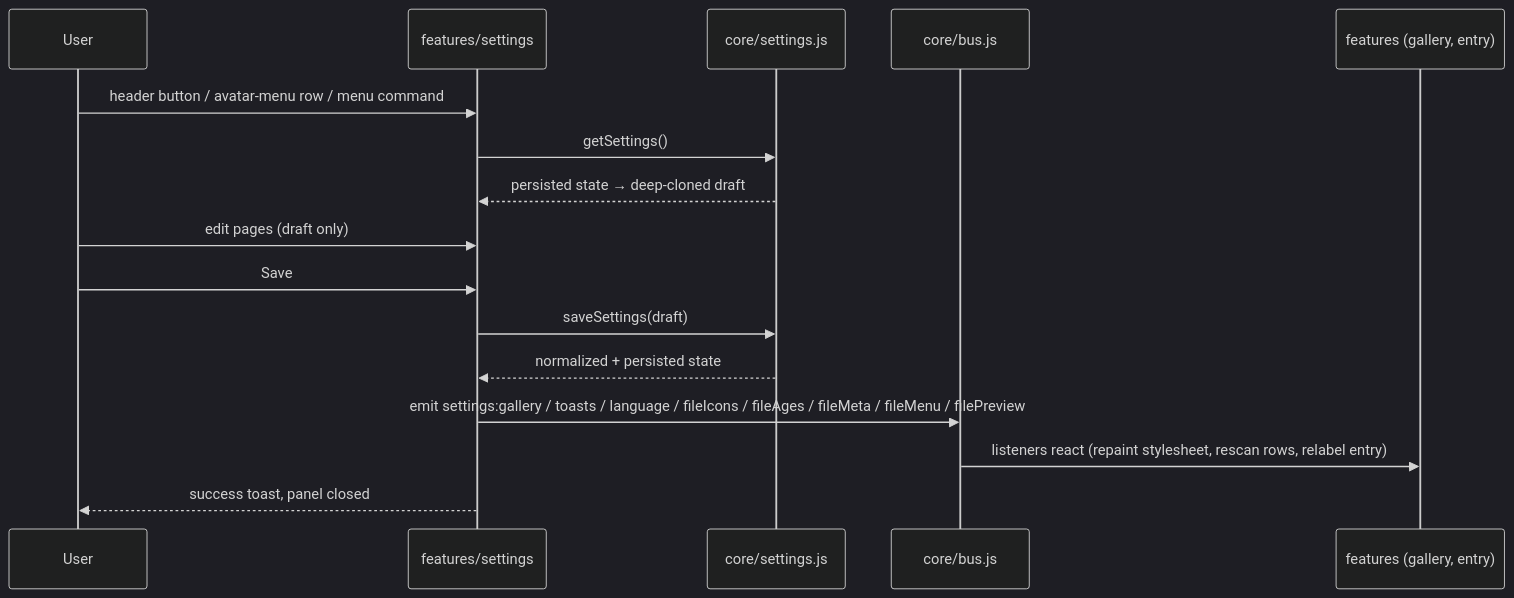
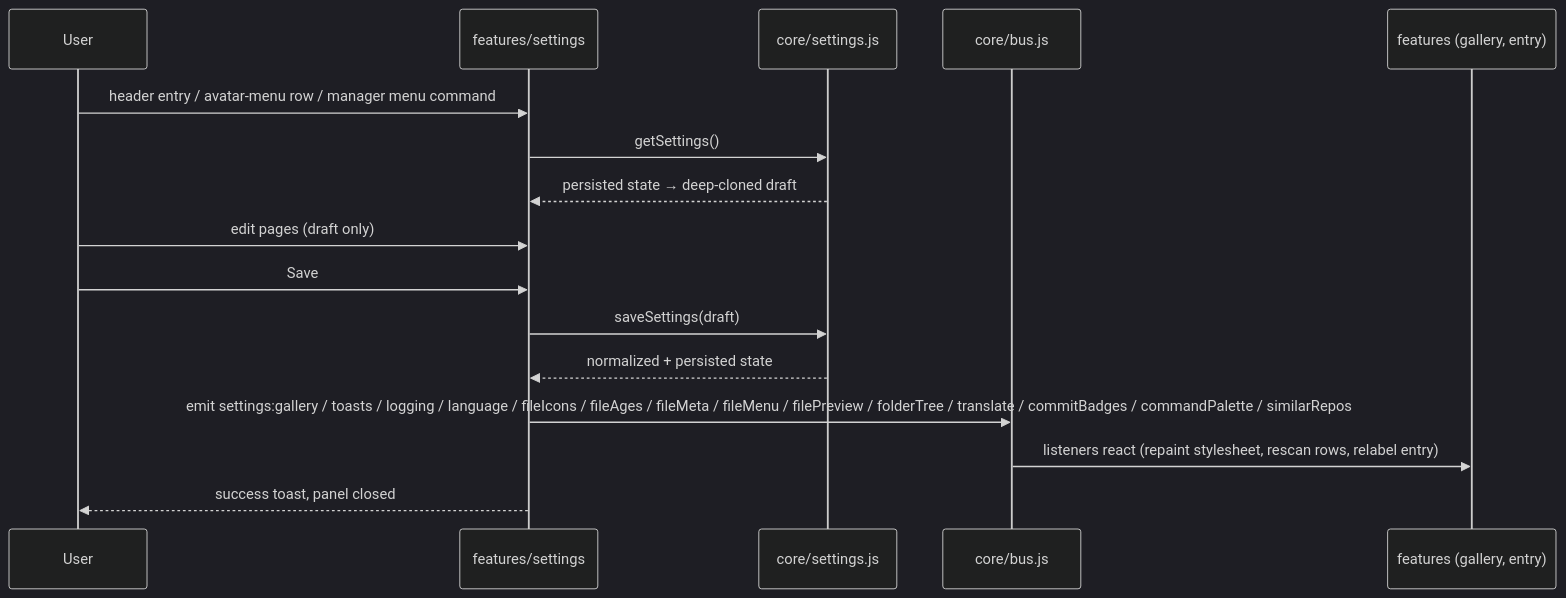
One commit to NemoKing1210/github-plus changed the third of 3 diagrams in docs/ARCHITECTURE.md. Above: the diagram before and after it, drawn with Mermaid (dark theme). The commit also changed other lines of this file and 53 other files, not shown here.

First line of the commit message:
feat(similar-repos): add the similar-repositories panel

````diff
--- a/docs/ARCHITECTURE.md
+++ b/docs/ARCHITECTURE.md
@@ -211,19 +237,19 @@
 ```mermaid
 sequenceDiagram
   participant U as User
   participant P as features/settings
   participant S as core/settings.js
   participant B as core/bus.js
   participant F as features (gallery, entry)
 
-  U->>P: header button / avatar-menu row / menu command
+  U->>P: header entry / avatar-menu row / manager menu command
   P->>S: getSettings()
   S-->>P: persisted state → deep-cloned draft
   U->>P: edit pages (draft only)
   U->>P: Save
   P->>S: saveSettings(draft)
   S-->>P: normalized + persisted state
-  P->>B: emit settings:gallery / toasts / language / fileIcons / fileAges / fileMeta / fileMenu / filePreview
+  P->>B: emit settings:gallery / toasts / logging / language / fileIcons / fileAges / fileMeta / fileMenu / filePreview / folderTree / translate / commitBadges / commandPalette / similarRepos
   B->>F: listeners react (repaint stylesheet, rescan rows, relabel entry)
   P-->>U: success toast, panel closed
 ```
````
